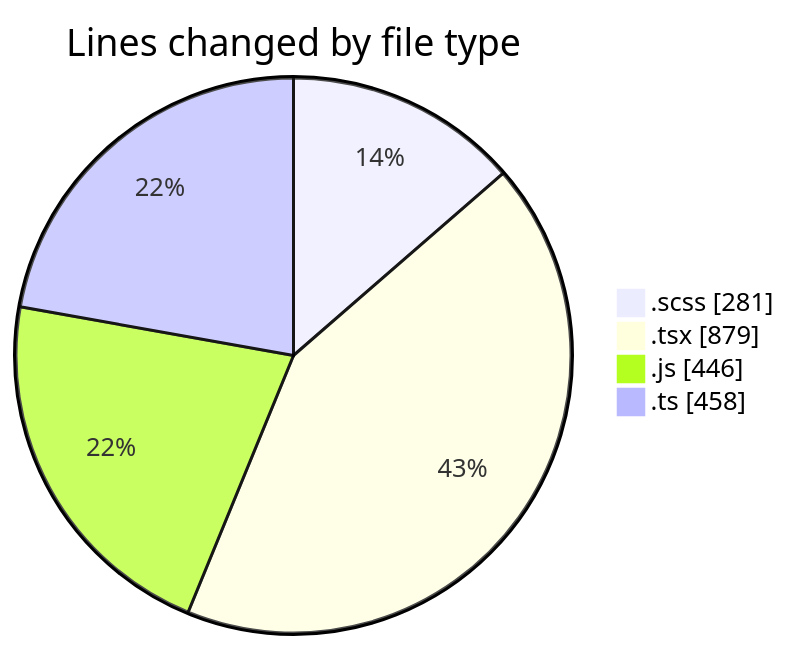
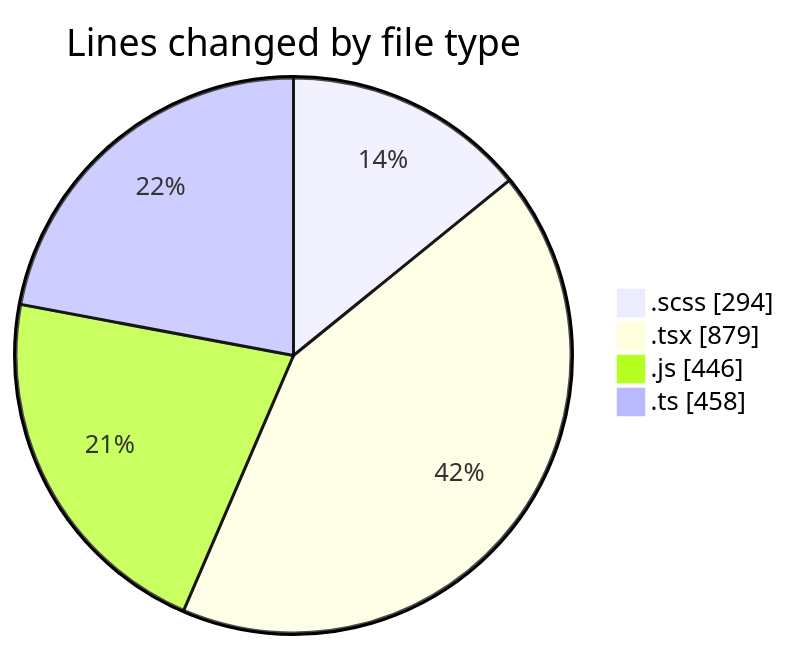
One commit to momahboobian/code-tracking changed the first of 2 diagrams in 2025-03-14/cda/README.md. Above: the diagram before and after it, drawn with Mermaid. The commit also changed other lines of this file and 1 other file, not shown here.

````diff
--- a/2025-03-14/cda/README.md
+++ b/2025-03-14/cda/README.md
@@ -34,8 +34,8 @@
 ```mermaid
 pie showData
 title Lines changed by file type
-".scss" : 281
+".scss" : 294
 ".tsx" : 879
 ".js" : 446
 ".ts" : 458
 ```
````
